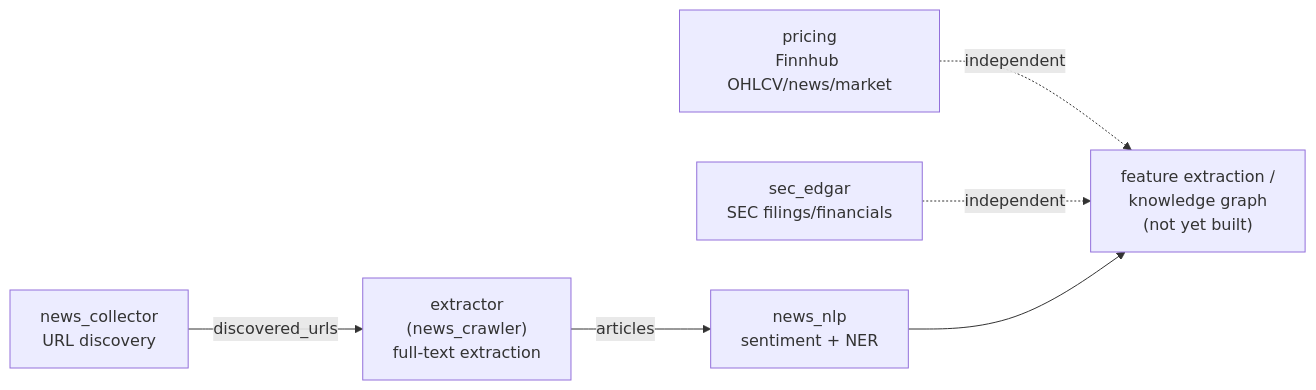
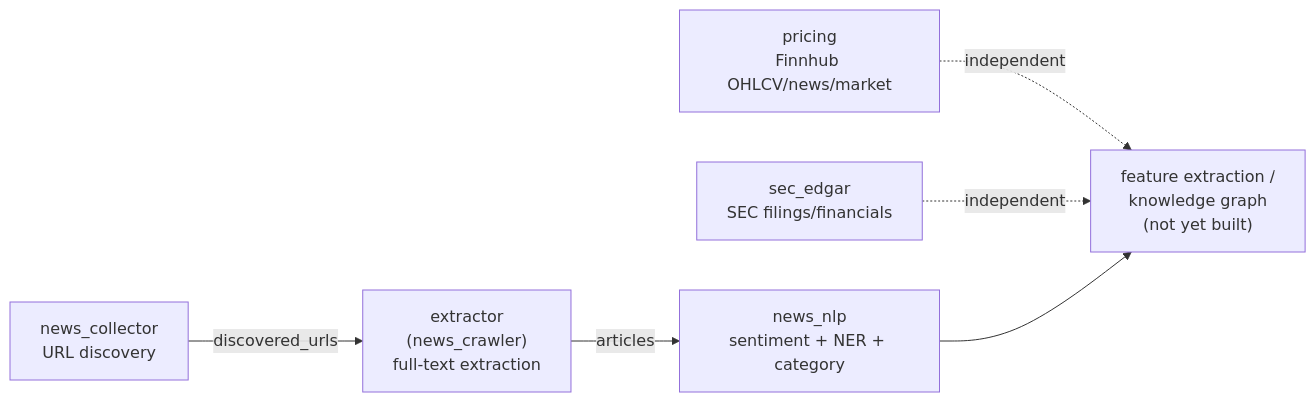
One commit to gamug/portfolio-data-mining changed the diagram in README.md. Above: the diagram before and after it, drawn with Mermaid. The commit also changed other lines of this file and 17 other files, not shown here.

````diff
--- a/README.md
+++ b/README.md
@@ -10,8 +10,8 @@
 ```mermaid
 graph LR
     A["news_collector\nURL discovery"] -->|discovered_urls| B["extractor\n(news_crawler)\nfull-text extraction"]
-    B -->|articles| C["news_nlp\nsentiment + NER"]
+    B -->|articles| C["news_nlp\nsentiment + NER + category"]
     D["pricing\nFinnhub OHLCV/news/market"] -.->|independent| F
     E["sec_edgar\nSEC filings/financials"] -.->|independent| F
     C --> F["feature extraction /\nknowledge graph\n(not yet built)"]
 ```
````
